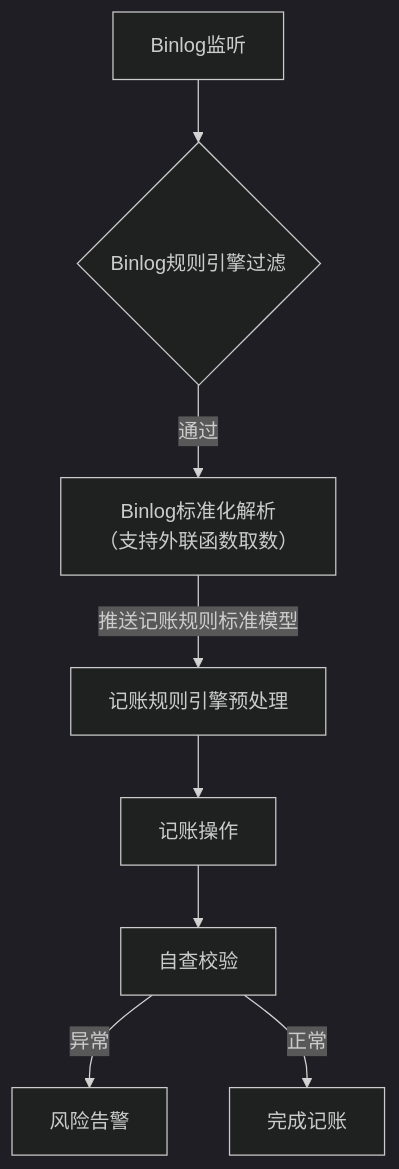
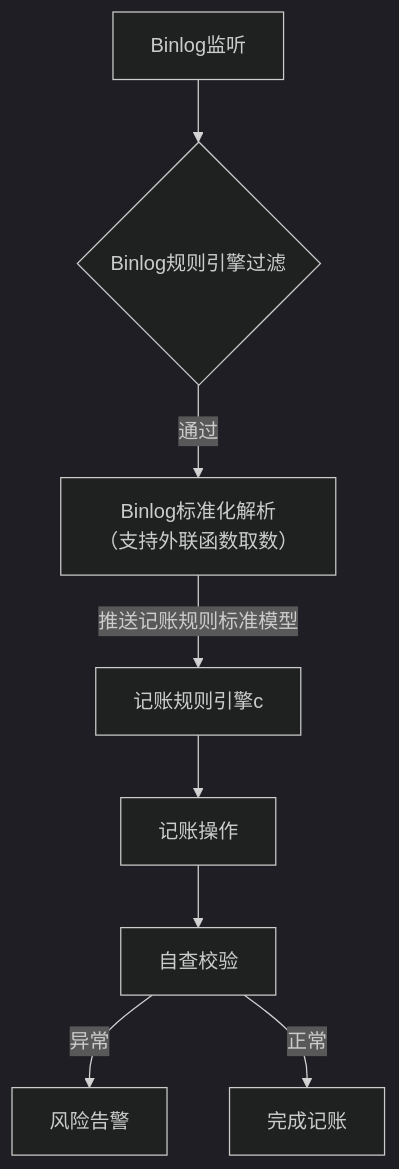
The diagram in all/架构流程.md (87828943/iodraw-files), drawn with Mermaid (dark theme) before and after one commit.

Commit message:
2025-07-07 10:59:04 update

````diff
--- a/all/架构流程.md
+++ b/all/架构流程.md
@@ -1,11 +1,11 @@
 ```mermaid
 graph TD
     A[Binlog监听] --> B{Binlog规则引擎过滤}
     B -->|通过| C[Binlog标准化解析
     （支持外联函数取数）]
-    C --> |推送记账规则标准模型|D[记账规则引擎预处理]
+    C --> |推送记账规则标准模型|D[记账规则引擎c]
     D --> E[记账操作]
     E --> F[自查校验]
     F -->|异常| G[风险告警]
     F -->|正常| H[完成记账]
 ```
````
